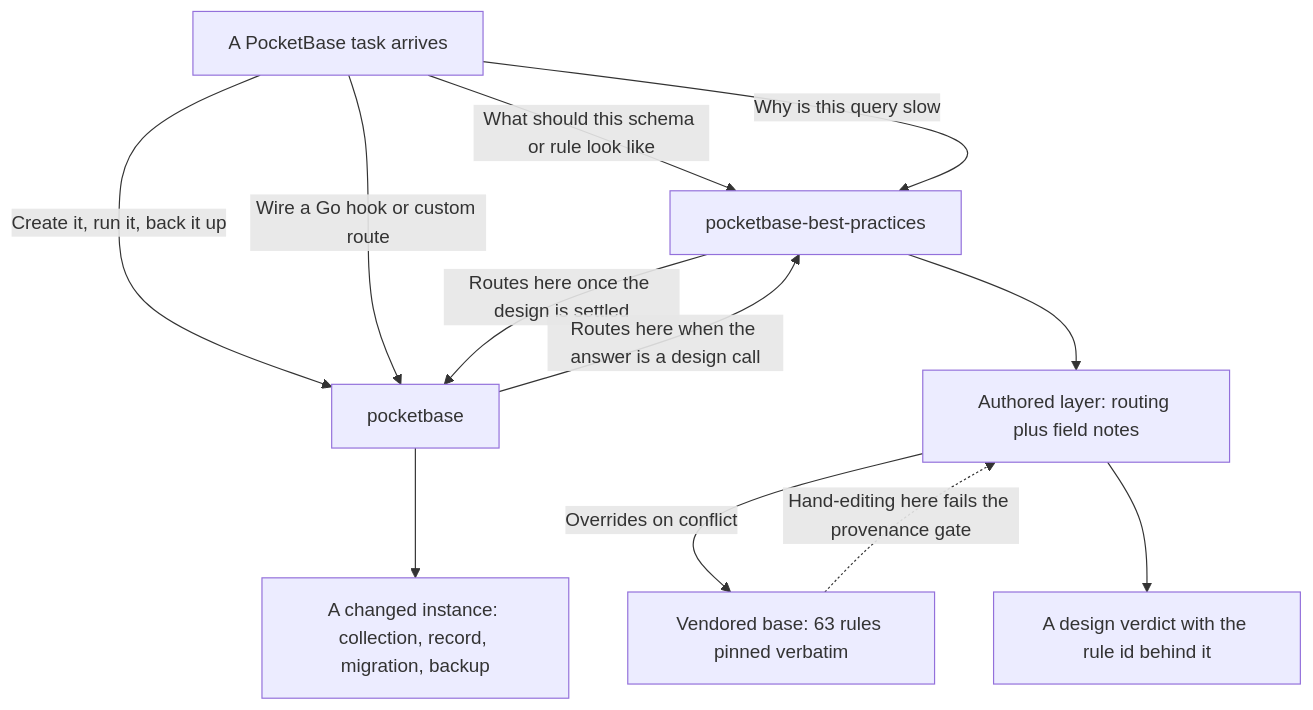
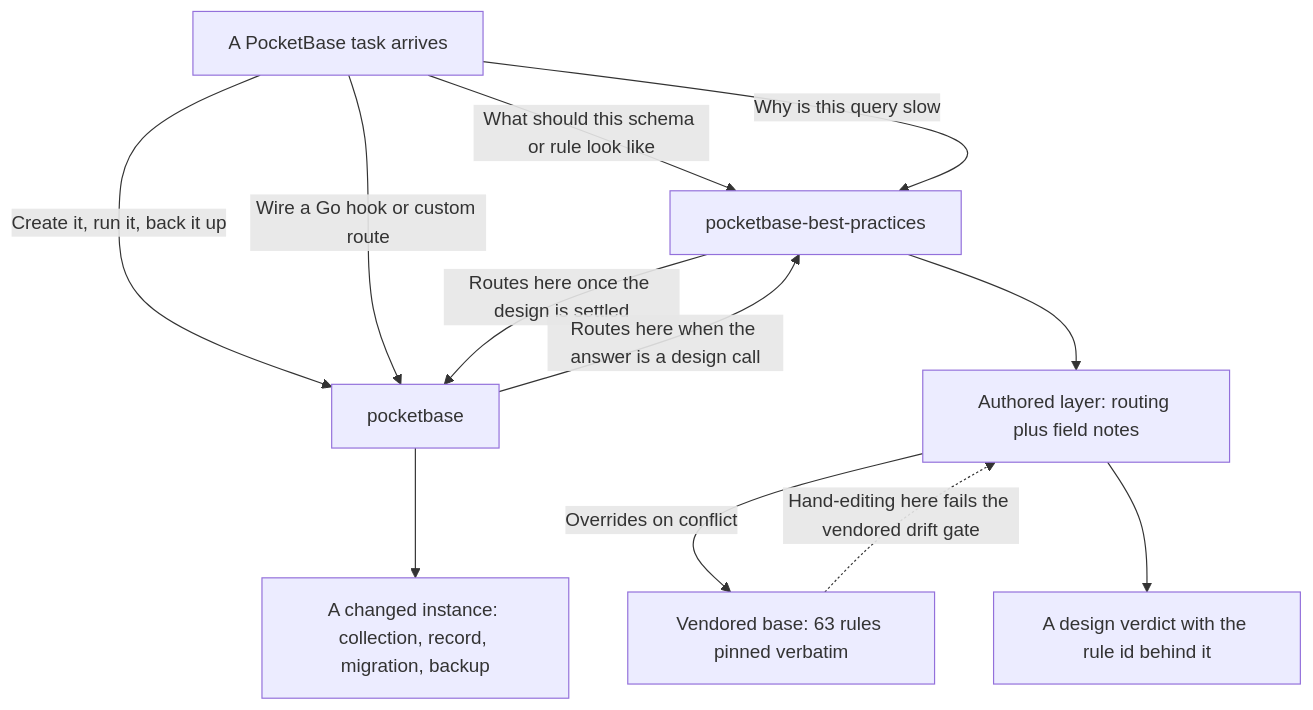
Before and after one commit to hsb3/dotfiles-agents: the diagram in plugins/pocketbase/README.md, drawn with Mermaid. The commit also changed 10 other files, not shown here.

````diff
--- a/plugins/pocketbase/README.md
+++ b/plugins/pocketbase/README.md
@@ -8,19 +8,19 @@
 ```mermaid
 flowchart TD
   task[A PocketBase task arrives]
 
   task -->|What should this schema or rule look like| bp[pocketbase-best-practices]
   task -->|Why is this query slow| bp
   task -->|Create it, run it, back it up| ops[pocketbase]
   task -->|Wire a Go hook or custom route| ops
 
   bp -->|Routes here once the design is settled| ops
   ops -->|Routes here when the answer is a design call| bp
 
   bp --> layer[Authored layer: routing plus field notes]
   layer -->|Overrides on conflict| base[Vendored base: 63 rules pinned verbatim]
   layer --> verdict[A design verdict with the rule id behind it]
   ops --> change[A changed instance: collection, record, migration, backup]
 
-  base -.->|Hand-editing here fails the provenance gate| layer
+  base -.->|Hand-editing here fails the vendored drift gate| layer
 ```
````
